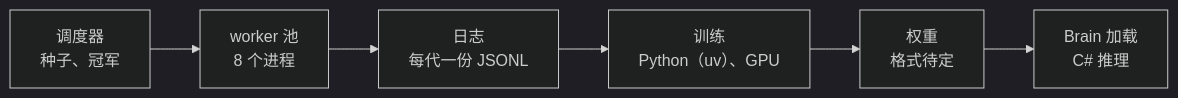
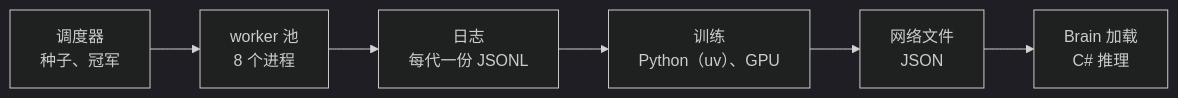
One commit to shinnku-nikaidou/spire-zero changed the second of 2 diagrams in docs/src/content/docs/arch/learning.mdx. Above: the diagram before and after it, drawn with Mermaid (dark theme). The commit also changed other lines of this file and 7 other files, not shown here.

````diff
--- a/docs/src/content/docs/arch/learning.mdx
+++ b/docs/src/content/docs/arch/learning.mdx
@@ -147,8 +152,8 @@
 ```mermaid
 flowchart LR
   S["调度器<br/>种子、冠军"] --> W["worker 池<br/>8 个进程"]
   W --> L["日志<br/>每代一份 JSONL"]
   L --> T["训练<br/>Python（uv）、GPU"]
-  T --> WT["权重<br/>格式待定"]
+  T --> WT["网络文件<br/>JSON"]
   WT --> B["Brain 加载<br/>C# 推理"]
 ```
````
